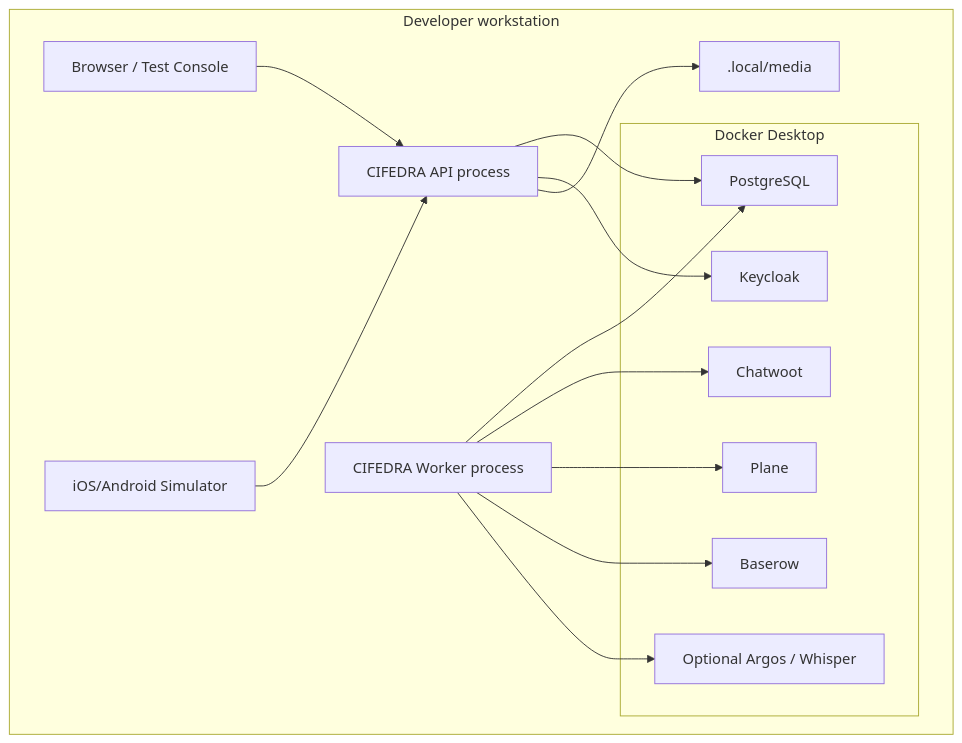
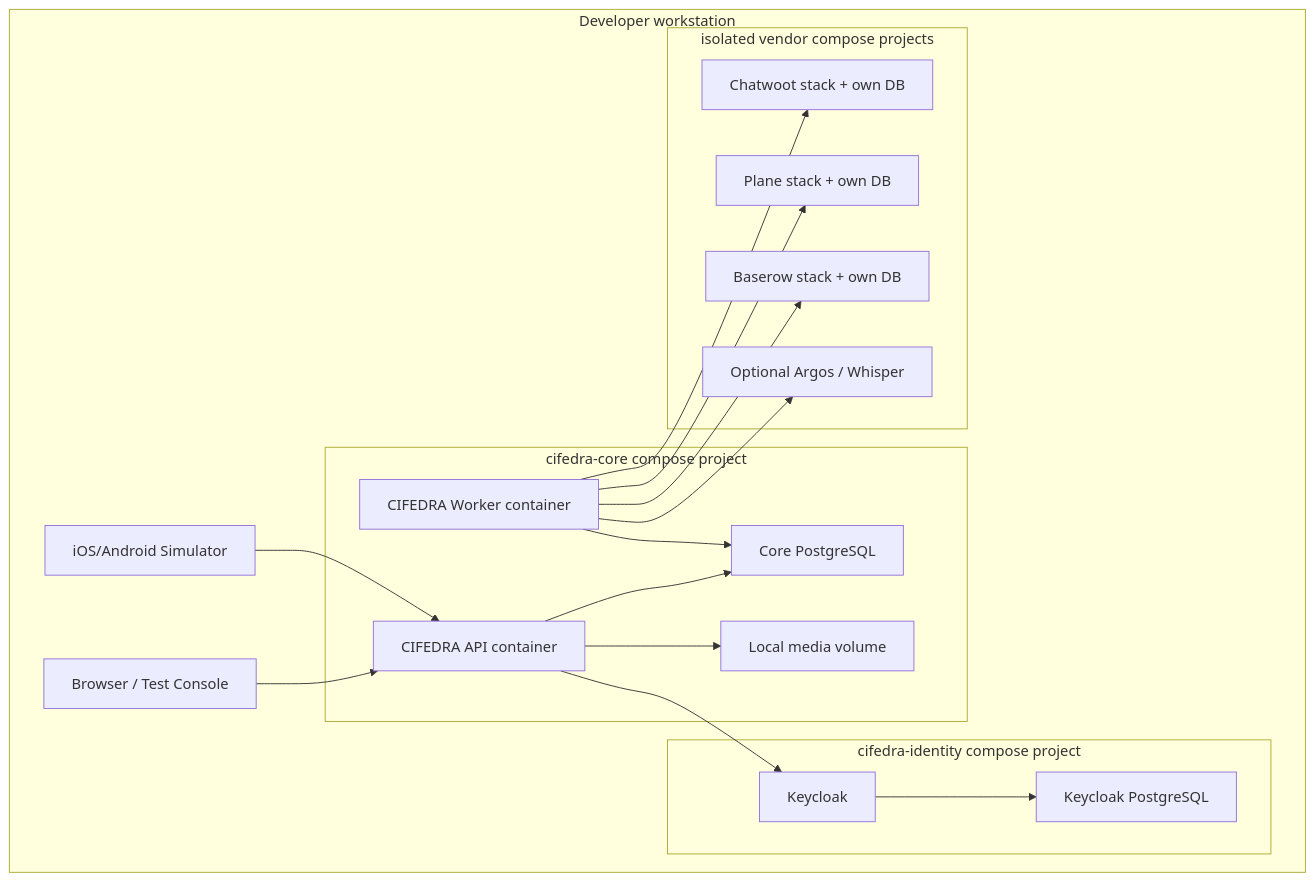
Before and after one commit to DIGITALATOM1/CIFEDRA: the ninth of 10 diagrams in knowledge/system/cifedra-hld.md, drawn with Mermaid. The commit also changed other lines of this file and 10 other files, not shown here.

Commit message:
Approve data and service architecture

````diff
--- a/knowledge/system/cifedra-hld.md
+++ b/knowledge/system/cifedra-hld.md
@@ -848,30 +922,38 @@
 ```mermaid
 flowchart TB
   subgraph Laptop["Developer workstation"]
     Browser["Browser / Test Console"]
     Mobile["iOS/Android Simulator"]
-    API["CIFEDRA API process"]
-    Worker["CIFEDRA Worker process"]
-    Media[".local/media"]
 
-    subgraph Docker["Docker Desktop"]
-      PG["PostgreSQL"]
+    subgraph CoreDocker["cifedra-core compose project"]
+      API["CIFEDRA API container"]
+      Worker["CIFEDRA Worker container"]
+      PG["Core PostgreSQL"]
+      Media["Local media volume"]
+    end
+
+    subgraph IdentityDocker["cifedra-identity compose project"]
       Keycloak["Keycloak"]
-      Chatwoot["Chatwoot"]
-      Plane["Plane"]
-      Baserow["Baserow"]
+      KeycloakDB["Keycloak PostgreSQL"]
+    end
+
+    subgraph VendorDocker["isolated vendor compose projects"]
+      Chatwoot["Chatwoot stack + own DB"]
+      Plane["Plane stack + own DB"]
+      Baserow["Baserow stack + own DB"]
       Optional["Optional Argos / Whisper"]
     end
   end
 
   Browser --> API
   Mobile --> API
   API --> PG
   API --> Keycloak
+  Keycloak --> KeycloakDB
   API --> Media
   Worker --> PG
   Worker --> Chatwoot
   Worker --> Plane
   Worker --> Baserow
   Worker --> Optional
 ```
````
